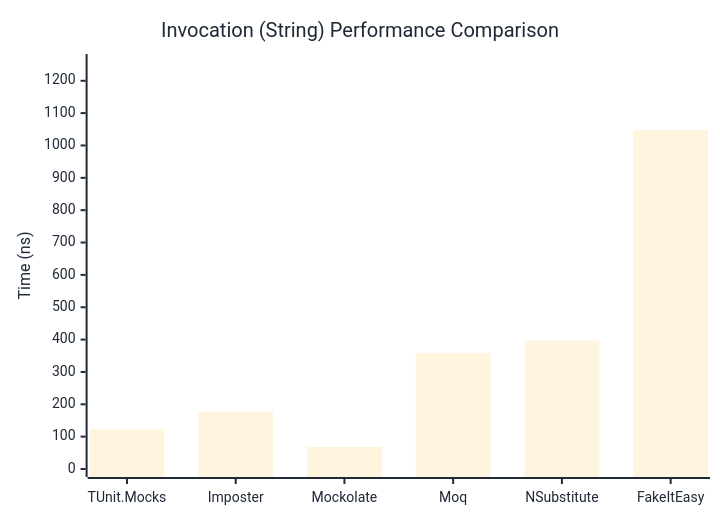
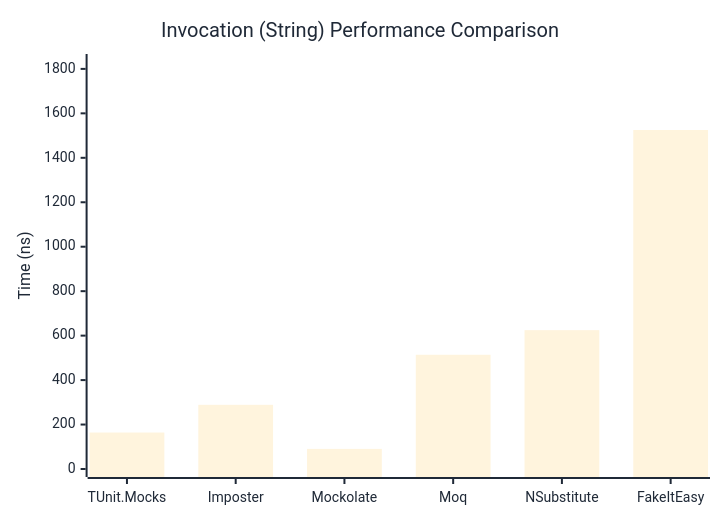
The second of 3 diagrams in docs/docs/benchmarks/mocks/Invocation.md (thomhurst/TUnit), drawn with Mermaid before and after one commit. The commit also changed other lines of this file and 14 other files, not shown here.

````diff
--- a/docs/docs/benchmarks/mocks/Invocation.md
+++ b/docs/docs/benchmarks/mocks/Invocation.md
@@ -71,27 +71,27 @@
 ```mermaid
 %%{init: {
   'theme':'base',
   'themeVariables': {
     'primaryColor': '#2563eb',
     'primaryTextColor': '#1f2937',
     'primaryBorderColor': '#1e40af',
     'lineColor': '#6b7280',
     'secondaryColor': '#7c3aed',
     'tertiaryColor': '#dc2626',
     'background': '#ffffff',
     'pie1': '#2563eb',
     'pie2': '#7c3aed',
     'pie3': '#dc2626',
     'pie4': '#f59e0b',
     'pie5': '#10b981',
     'pie6': '#06b6d4',
     'pie7': '#ec4899',
     'pie8': '#6366f1'
   }
 }}%%
 xychart-beta
   title "Invocation (String) Performance Comparison"
   x-axis ["TUnit.Mocks", "Imposter", "Mockolate", "Moq", "NSubstitute", "FakeItEasy"]
-  y-axis "Time (ns)" 0 --> 1258
-  bar [123.01, 177.3, 67.89, 358.24, 396.85, 1047.97]
+  y-axis "Time (ns)" 0 --> 1831
+  bar [164.06, 288.77, 90.43, 513.89, 624.63, 1525.07]
 ```
````
